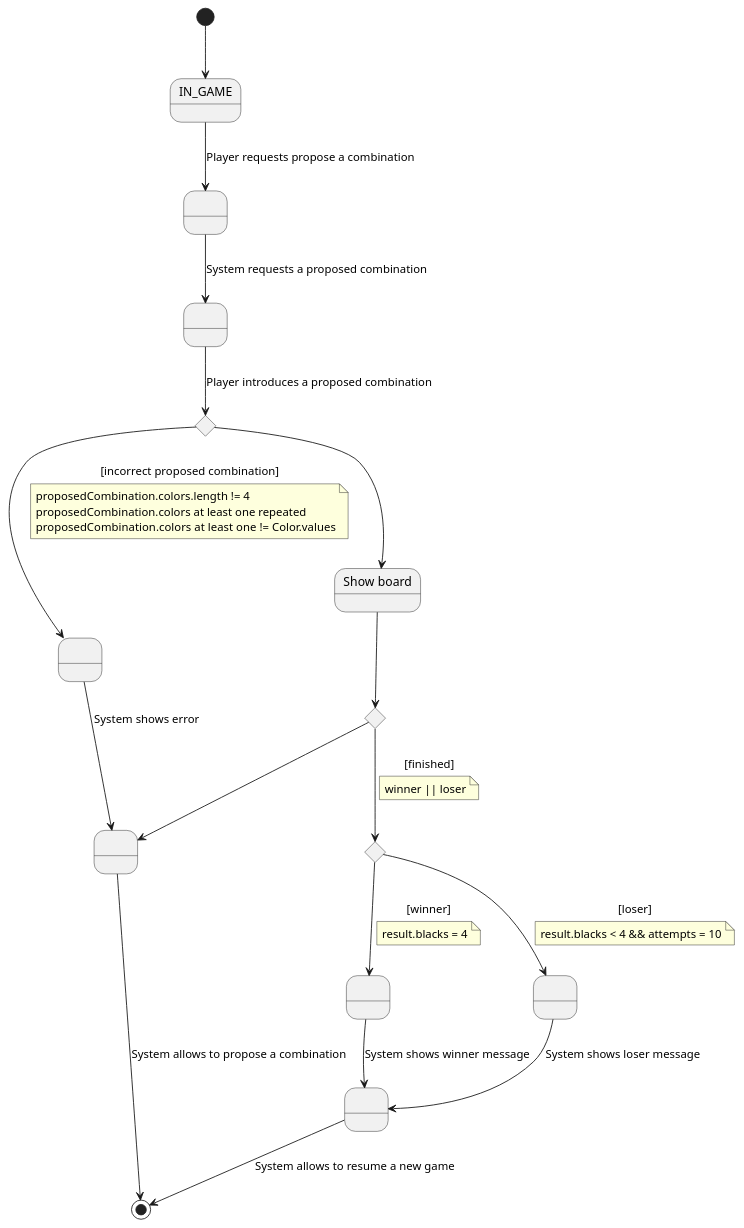
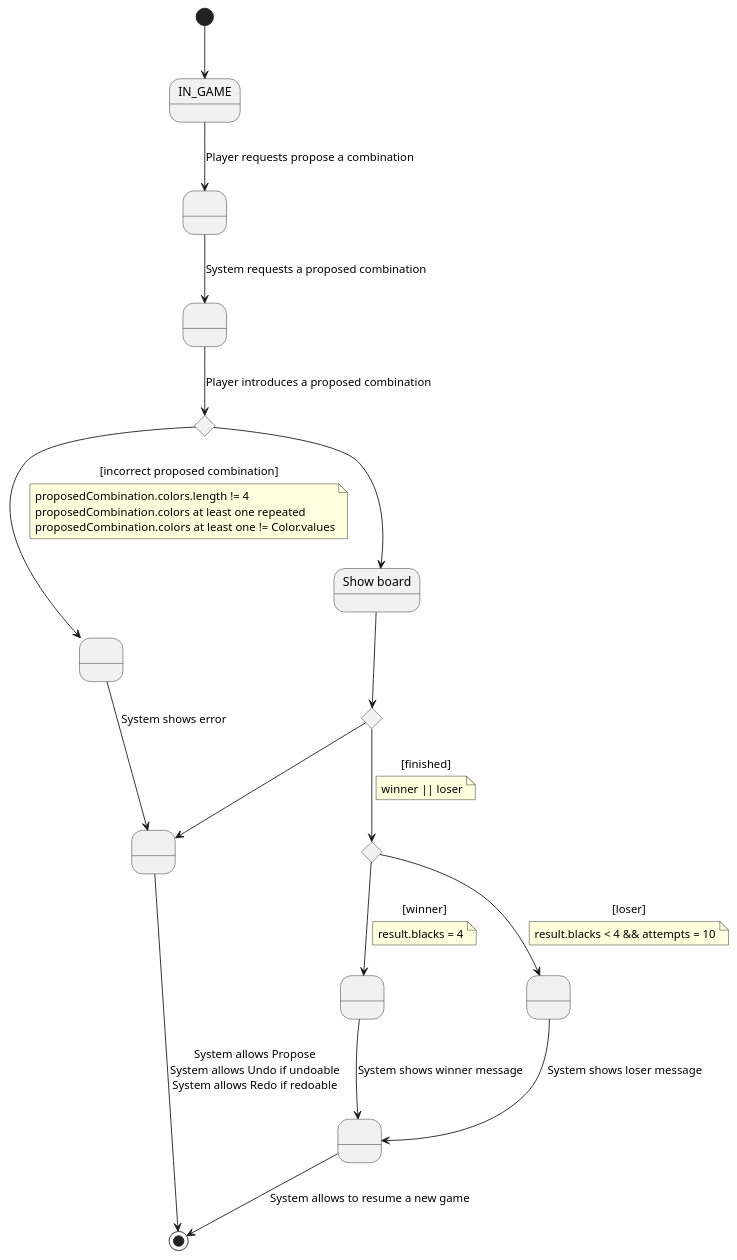
The third of 8 diagrams in 3.UndoRedo/docs/diagrams/src/mastermind_usecases.plantuml (EscuelaIt/requirements), drawn with PlantUML before and after one commit. The commit also changed other lines of this file and 4 other files, not shown here.

```diff
--- a/3.UndoRedo/docs/diagrams/src/mastermind_usecases.plantuml
+++ b/3.UndoRedo/docs/diagrams/src/mastermind_usecases.plantuml
@@ -42,45 +42,45 @@
 @startuml propose_combination_usecase
 state IN_GAME
 state requested as " "
 state allowed as " "
 state error as " "
 state ShowBoard as "Show board"
 state winner as " "
 state looser as " "
 state finished as " "
 state last as " "
 state is_correct <<choice>>
 state is_finished <<choice>>
 state is_winner <<choice>>
 
 [*] --> IN_GAME
 IN_GAME --> requested: Player requests propose a combination
 requested --> allowed: System requests a proposed combination
 allowed --> is_correct: Player introduces a proposed combination
 is_correct --> ShowBoard
 is_correct --> error: [incorrect proposed combination]
-note on link 
+note on link
   proposedCombination.colors.length != 4
   proposedCombination.colors at least one repeated
   proposedCombination.colors at least one != Color.values
 end note
 error --> last: System shows error
 ShowBoard --> is_finished
 is_finished --> is_winner: [finished]
 note on link
   winner || loser
 end note
 is_winner --> winner: [winner]
 note on link
   result.blacks = 4
 end note
 is_winner --> looser: [loser]
 note on link
   result.blacks < 4 && attempts = 10
 end note
 is_finished --> last
 winner --> finished: System shows winner message
 looser --> finished: System shows loser message
-last --> [*]: System allows to propose a combination
+last --> [*]: System allows Propose\nSystem allows Undo if undoable\nSystem allows Redo if redoable
 finished --> [*]: System allows to resume a new game
 @enduml
```
